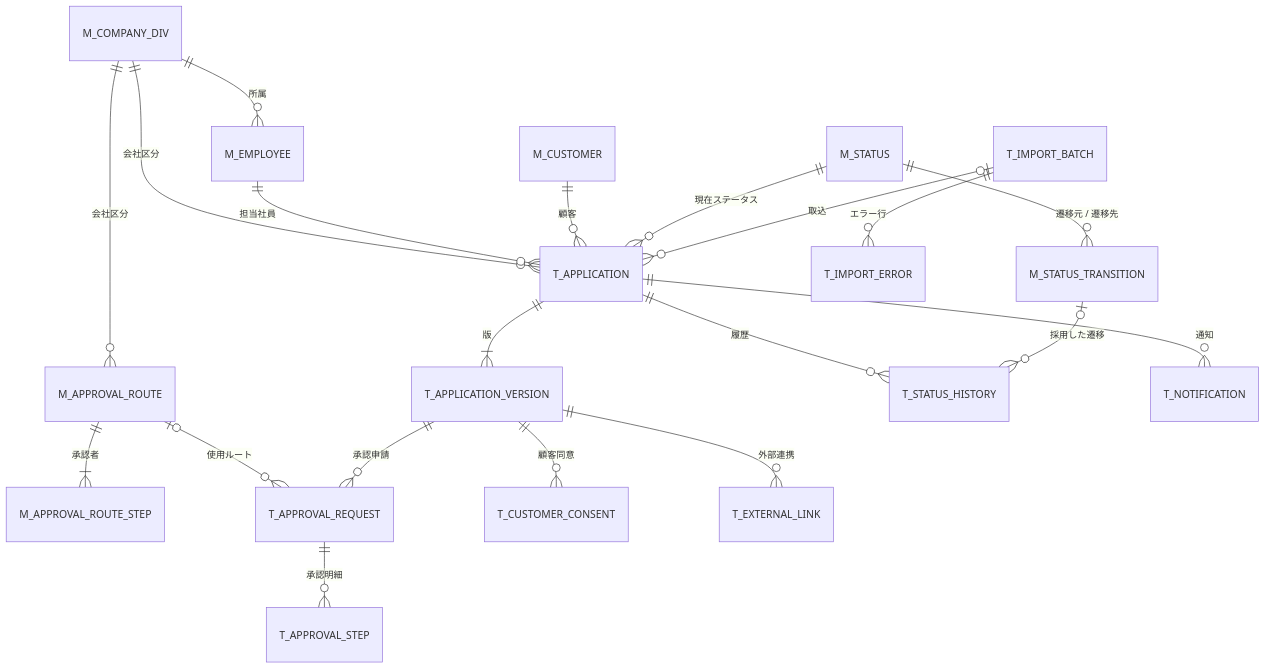
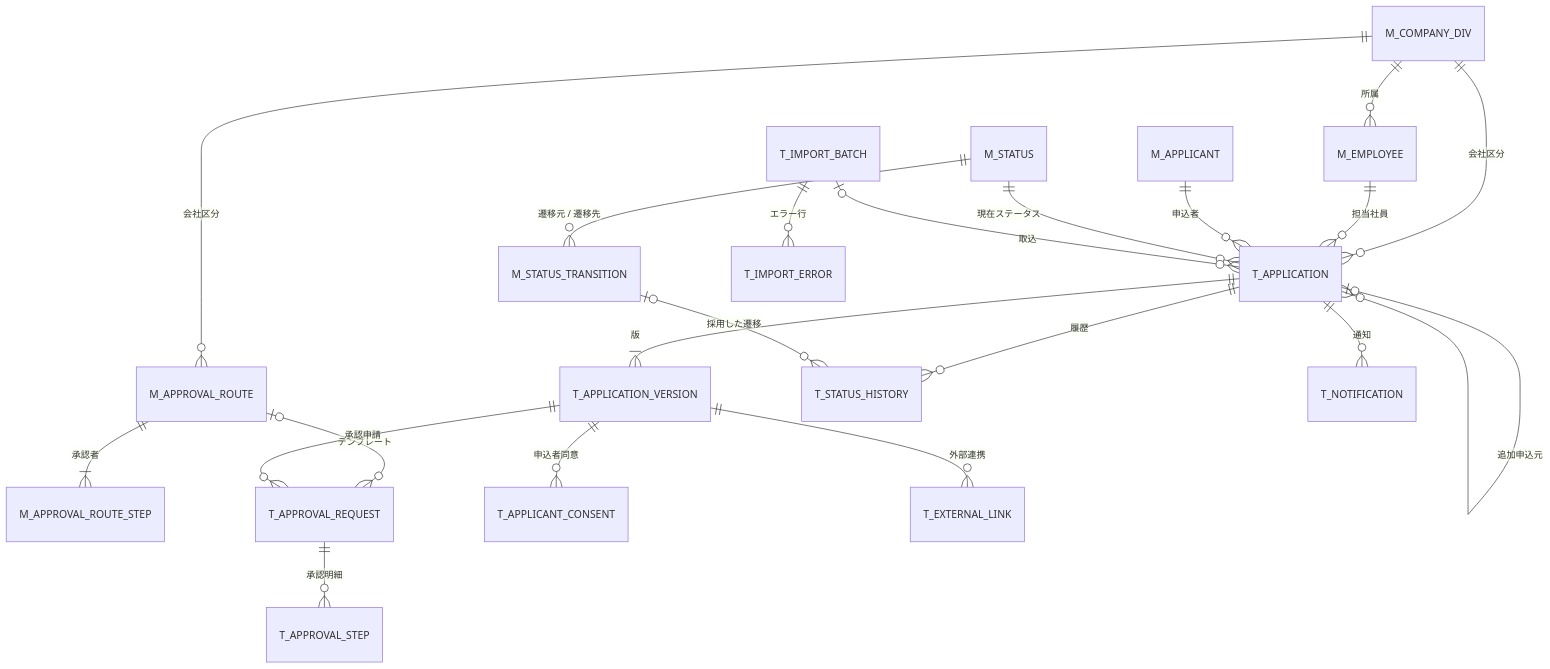
One commit to yasudaProduct/JavaServletSample2 changed the diagram in docs/basic-design/06-er-diagram.md. Above: the diagram before and after it, drawn with Mermaid. The commit also changed other lines of this file and 26 other files, not shown here.

````diff
--- a/docs/basic-design/06-er-diagram.md
+++ b/docs/basic-design/06-er-diagram.md
@@ -19,22 +19,23 @@
 ```mermaid
 erDiagram
     M_COMPANY_DIV ||--o{ M_EMPLOYEE : "所属"
     M_COMPANY_DIV ||--o{ M_APPROVAL_ROUTE : "会社区分"
     M_COMPANY_DIV ||--o{ T_APPLICATION : "会社区分"
     M_EMPLOYEE ||--o{ T_APPLICATION : "担当社員"
-    M_CUSTOMER ||--o{ T_APPLICATION : "顧客"
+    M_APPLICANT ||--o{ T_APPLICATION : "申込者"
     M_STATUS ||--o{ T_APPLICATION : "現在ステータス"
     M_STATUS ||--o{ M_STATUS_TRANSITION : "遷移元 / 遷移先"
     M_APPROVAL_ROUTE ||--|{ M_APPROVAL_ROUTE_STEP : "承認者"
-    M_APPROVAL_ROUTE |o--o{ T_APPROVAL_REQUEST : "使用ルート"
+    M_APPROVAL_ROUTE |o--o{ T_APPROVAL_REQUEST : "テンプレート"
     T_IMPORT_BATCH ||--o{ T_IMPORT_ERROR : "エラー行"
     T_IMPORT_BATCH |o--o{ T_APPLICATION : "取込"
+    T_APPLICATION |o--o{ T_APPLICATION : "追加申込元"
     T_APPLICATION ||--|{ T_APPLICATION_VERSION : "版"
     T_APPLICATION ||--o{ T_STATUS_HISTORY : "履歴"
     T_APPLICATION ||--o{ T_NOTIFICATION : "通知"
     T_APPLICATION_VERSION ||--o{ T_APPROVAL_REQUEST : "承認申請"
     T_APPROVAL_REQUEST ||--o{ T_APPROVAL_STEP : "承認明細"
-    T_APPLICATION_VERSION ||--o{ T_CUSTOMER_CONSENT : "顧客同意"
+    T_APPLICATION_VERSION ||--o{ T_APPLICANT_CONSENT : "申込者同意"
     T_APPLICATION_VERSION ||--o{ T_EXTERNAL_LINK : "外部連携"
     M_STATUS_TRANSITION |o--o{ T_STATUS_HISTORY : "採用した遷移"
 ```
````
